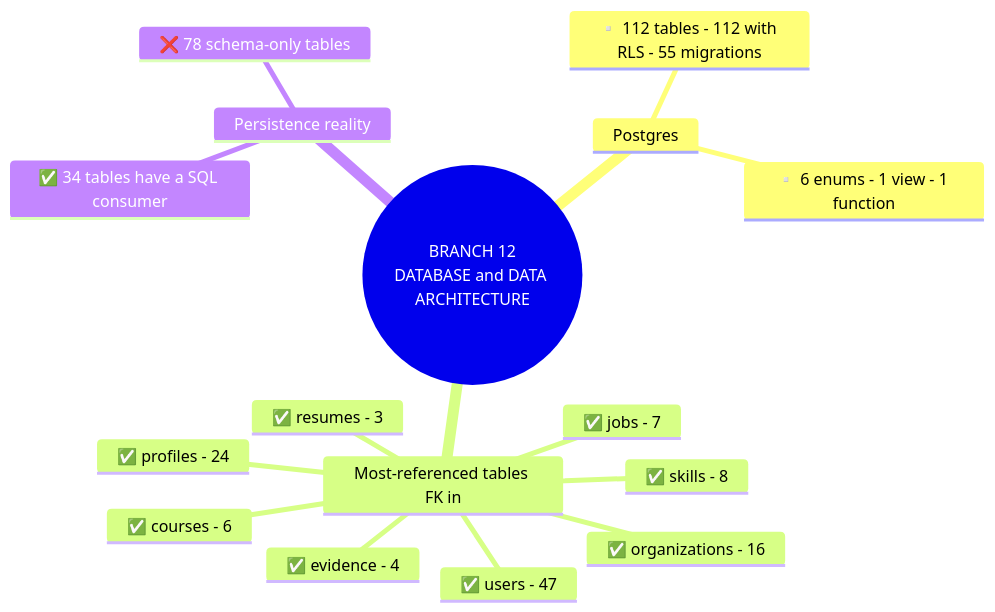
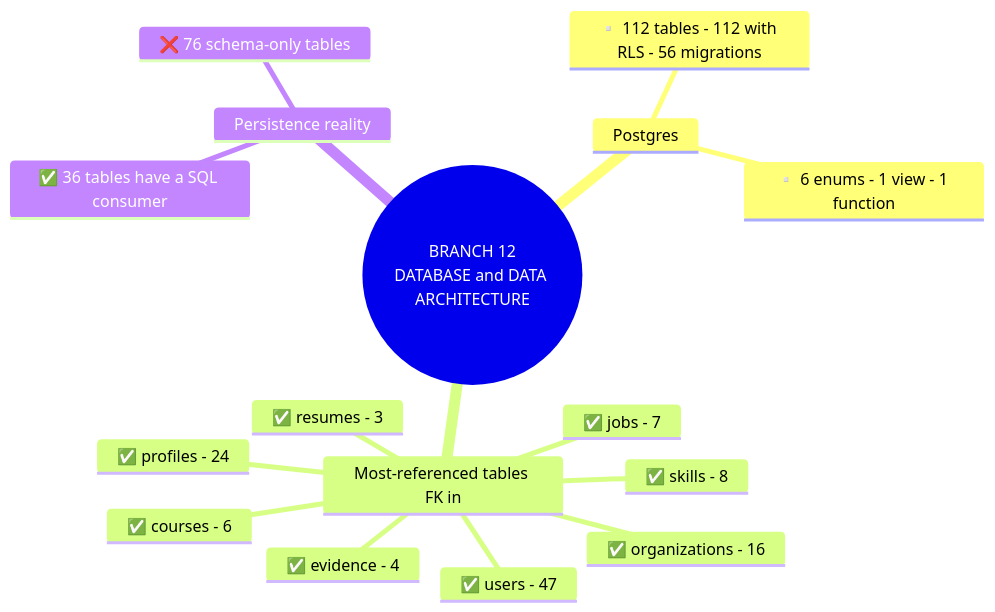
Before and after one commit to yhsomani/talentsphere-complete: diagram 14 of 22 in project-mindmap/master/MASTER_PROJECT_DIAGRAMS.md, drawn with Mermaid. The commit also changed other lines of this file and 44 other files, not shown here.

First line of the commit message:
docs: dedup scan, doc-to-code sync and mind map refresh

````diff
--- a/project-mindmap/master/MASTER_PROJECT_DIAGRAMS.md
+++ b/project-mindmap/master/MASTER_PROJECT_DIAGRAMS.md
@@ -422,19 +422,19 @@
 ```mermaid
 mindmap
   root(("BRANCH 12<br/>DATABASE and DATA ARCHITECTURE"))
     Postgres
-      ▫️ 112 tables - 112 with RLS - 55 migrations
+      ▫️ 112 tables - 112 with RLS - 56 migrations
       ▫️ 6 enums - 1 view - 1 function
     Most-referenced tables FK in
       ✅ users - 47
       ✅ profiles - 24
       ✅ organizations - 16
       ✅ skills - 8
       ✅ jobs - 7
       ✅ courses - 6
       ✅ evidence - 4
       ✅ resumes - 3
     Persistence reality
-      ✅ 34 tables have a SQL consumer
-      ❌ 78 schema-only tables
+      ✅ 36 tables have a SQL consumer
+      ❌ 76 schema-only tables
 ```
````
